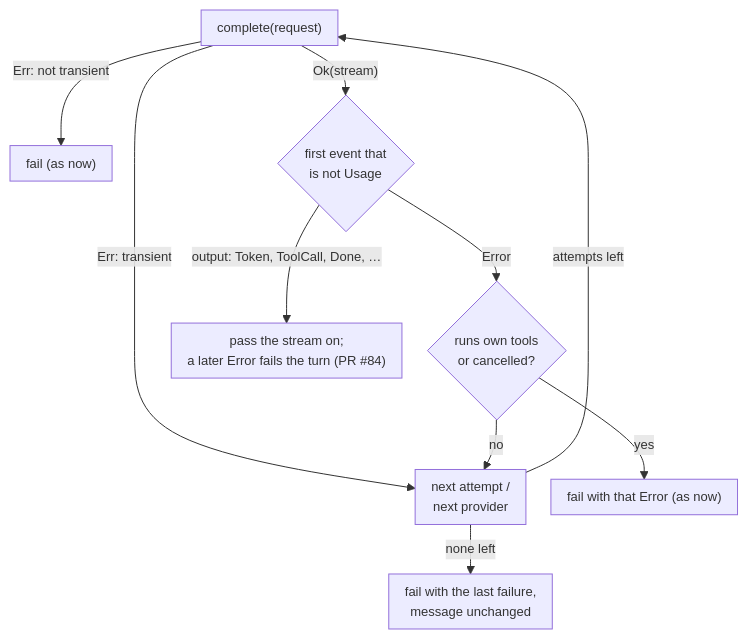
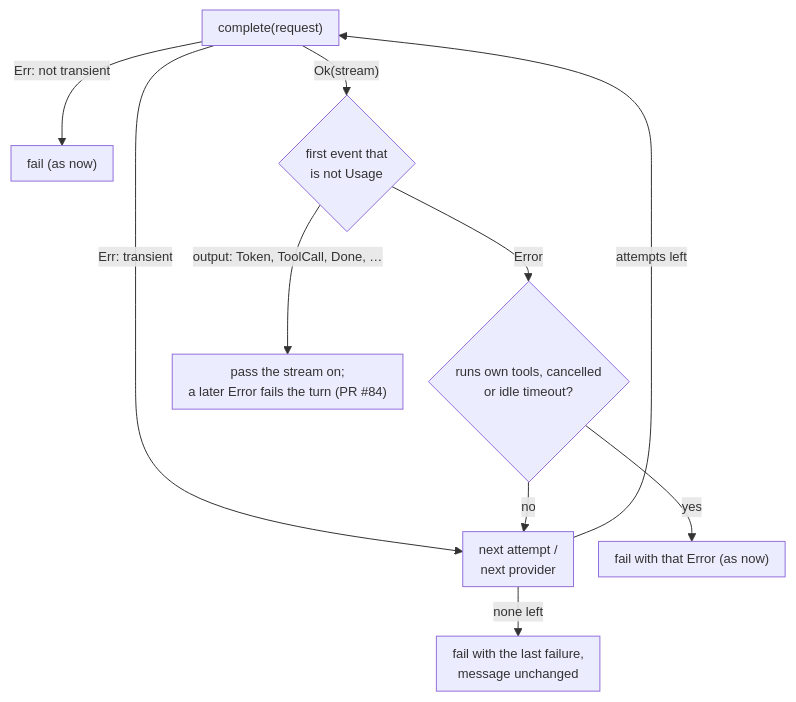
The diagram in docs/plans/stream-retry-fallback-spec.md (wojciechkpl/hone), drawn with Mermaid before and after one commit. The commit also changed other lines of this file, not shown here.

First line of the commit message:
docs(plans): retry spec R12 idle timeout not retried, R13 cancel stops retries

````diff
--- a/docs/plans/stream-retry-fallback-spec.md
+++ b/docs/plans/stream-retry-fallback-spec.md
@@ -28,13 +28,13 @@
 ```mermaid
 %%{init: {"themeVariables": {"fontSize": "13px"}, "flowchart": {"nodeSpacing": 25, "rankSpacing": 30, "padding": 8}, "sequence": {"actorMargin": 30, "messageMargin": 25, "boxMargin": 6}, "gantt": {"barHeight": 16, "barGap": 3}}}%%
 flowchart TD
   C["complete(request)"] -->|"Err: transient"| N["next attempt /<br/>next provider"]
   C -->|"Err: not transient"| F["fail (as now)"]
   C -->|"Ok(stream)"| W{"first event that<br/>is not Usage"}
-  W -->|"Error"| G{"runs own tools<br/>or cancelled?"}
+  W -->|"Error"| G{"runs own tools, cancelled<br/>or idle timeout?"}
   G -->|"no"| N
   G -->|"yes"| F2["fail with that Error (as now)"]
   W -->|"output: Token, ToolCall, Done, …"| P["pass the stream on;<br/>a later Error fails the turn (PR #84)"]
   N -->|"attempts left"| C
   N -->|"none left"| L["fail with the last failure,<br/>message unchanged"]
 ```
````
